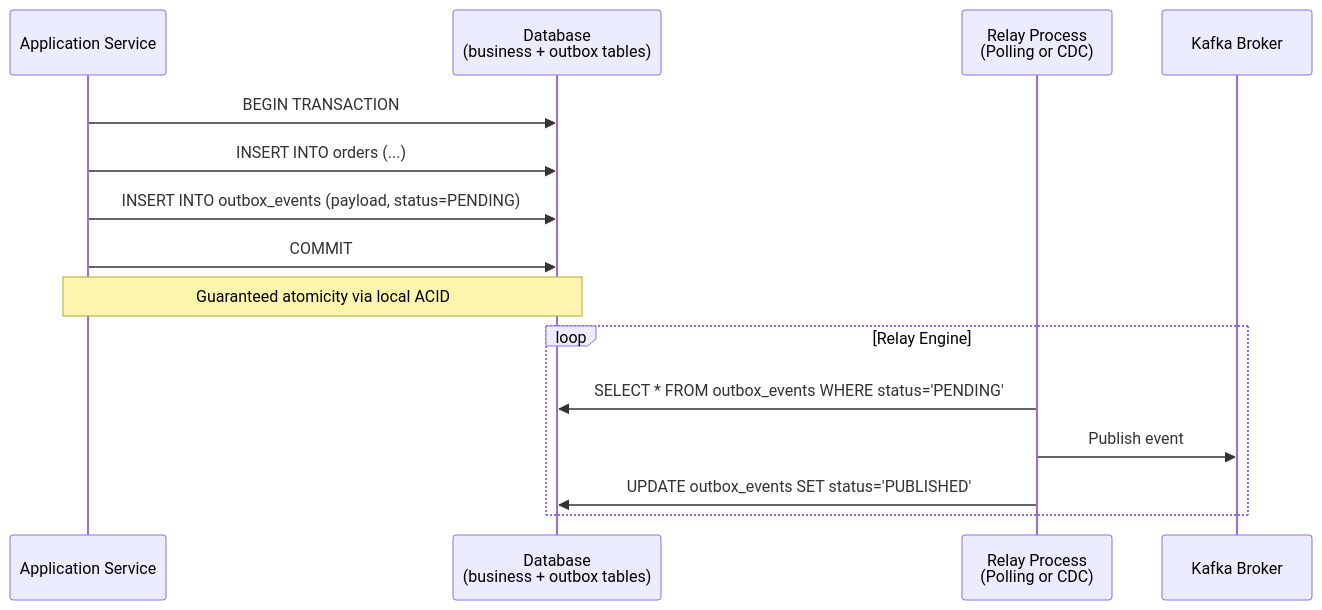
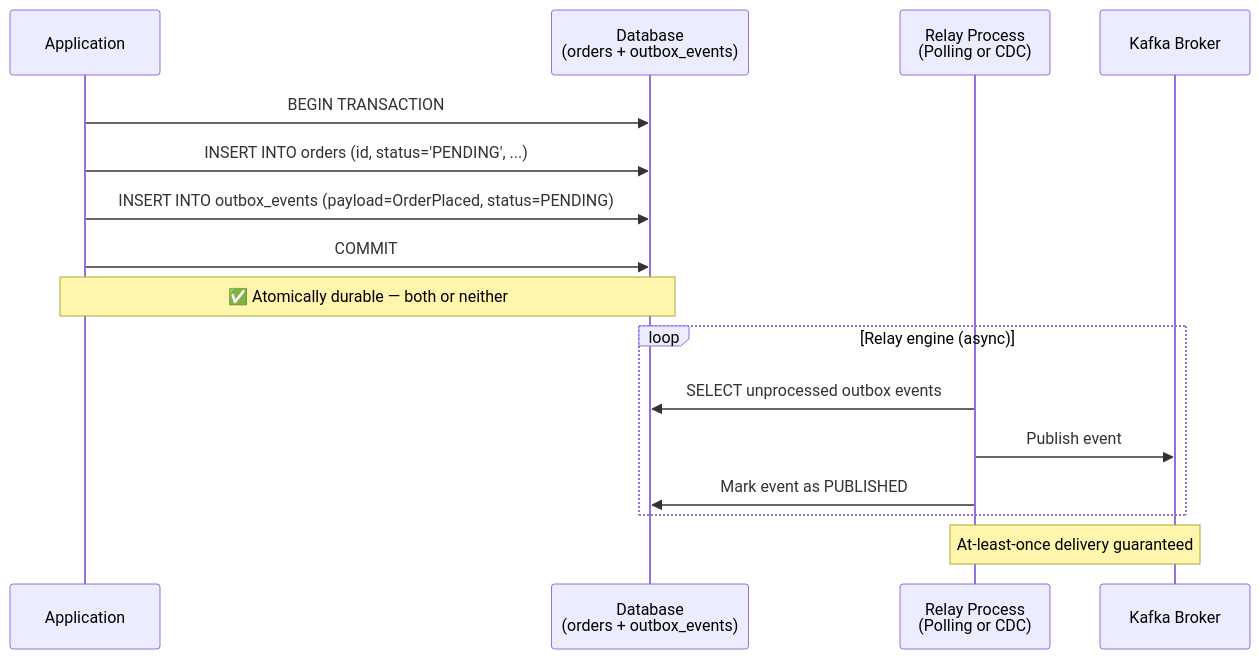
One commit to minhkhuong2404/docusaurus-knowledge-base-template changed the diagram in docs/technical-knowledge/system-design/outbox-pattern.md. Above: the diagram before and after it, drawn with Mermaid. The commit also changed other lines of this file and 31 other files, not shown here.

````diff
--- a/docs/technical-knowledge/system-design/outbox-pattern.md
+++ b/docs/technical-knowledge/system-design/outbox-pattern.md
@@ -19,19 +63,21 @@
 ```mermaid
 sequenceDiagram
-    participant App as Application Service
-    participant DB as Database<br/>(business + outbox tables)
+    participant App as Application
+    participant DB as Database<br/>(orders + outbox_events)
     participant Relay as Relay Process<br/>(Polling or CDC)
     participant Kafka as Kafka Broker
 
     App->>DB: BEGIN TRANSACTION
-    App->>DB: INSERT INTO orders (...)
-    App->>DB: INSERT INTO outbox_events (payload, status=PENDING)
+    App->>DB: INSERT INTO orders (id, status='PENDING', ...)
+    App->>DB: INSERT INTO outbox_events (payload=OrderPlaced, status=PENDING)
     App->>DB: COMMIT
-    Note over App,DB: Guaranteed atomicity via local ACID
+    Note over App, DB: ✅ Atomically durable — both or neither
 
-    loop Relay Engine
-        Relay->>DB: SELECT * FROM outbox_events WHERE status='PENDING'
+    loop Relay engine (async)
+        Relay->>DB: SELECT unprocessed outbox events
         Relay->>Kafka: Publish event
-        Relay->>DB: UPDATE outbox_events SET status='PUBLISHED'
+        Relay->>DB: Mark event as PUBLISHED
     end
+
+    Note over Relay, Kafka: At-least-once delivery guaranteed
 ```
````
